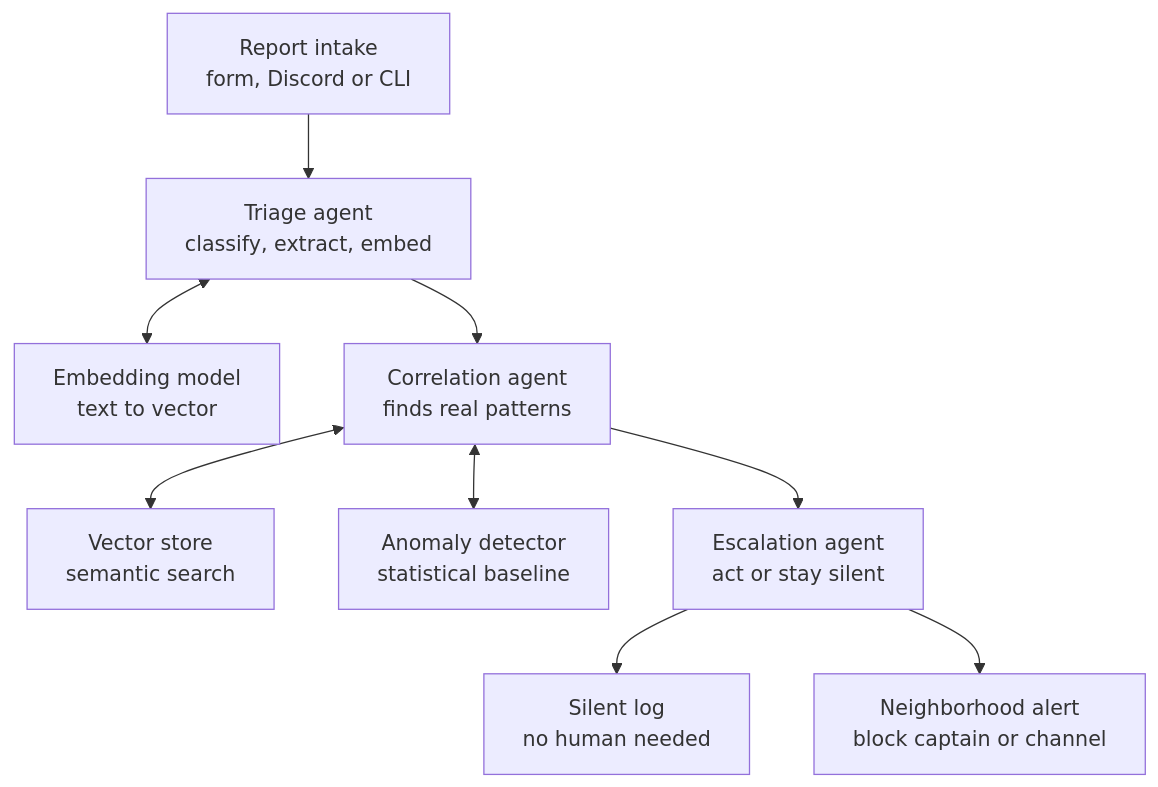
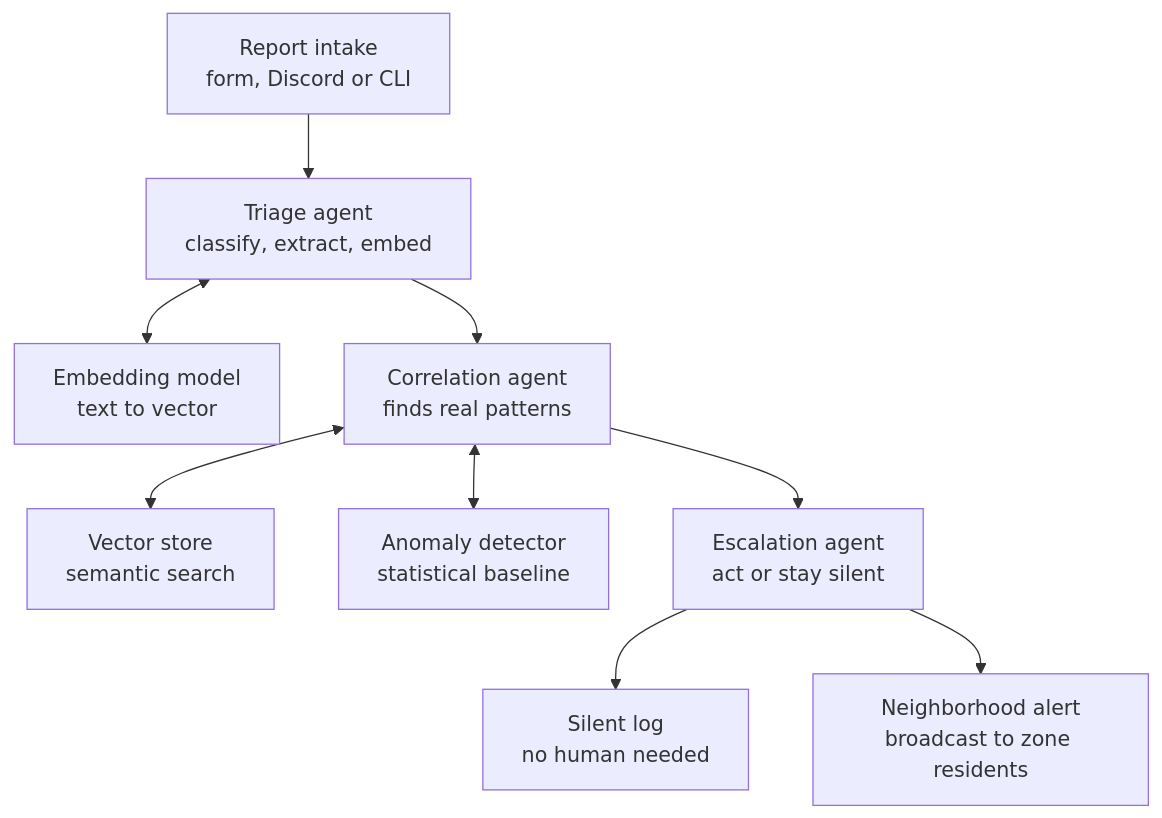
The diagram in PROJECT_BRIEF.md (AminaZa/Porchlight), drawn with Mermaid before and after one commit. The commit also changed other lines of this file and 13 other files, not shown here.

````diff
--- a/PROJECT_BRIEF.md
+++ b/PROJECT_BRIEF.md
@@ -71,11 +71,11 @@
 ```mermaid
 flowchart TD
     A[Report intake<br/>form, Discord or CLI] --> B[Triage agent<br/>classify, extract, embed]
     B <--> E[Embedding model<br/>text to vector]
     B --> C[Correlation agent<br/>finds real patterns]
     C <--> F[Vector store<br/>semantic search]
     C <--> G[Anomaly detector<br/>statistical baseline]
     C --> D[Escalation agent<br/>act or stay silent]
     D --> H[Silent log<br/>no human needed]
-    D --> I[Neighborhood alert<br/>block captain or channel]
+    D --> I[Neighborhood alert<br/>broadcast to zone residents]
 ```
````
